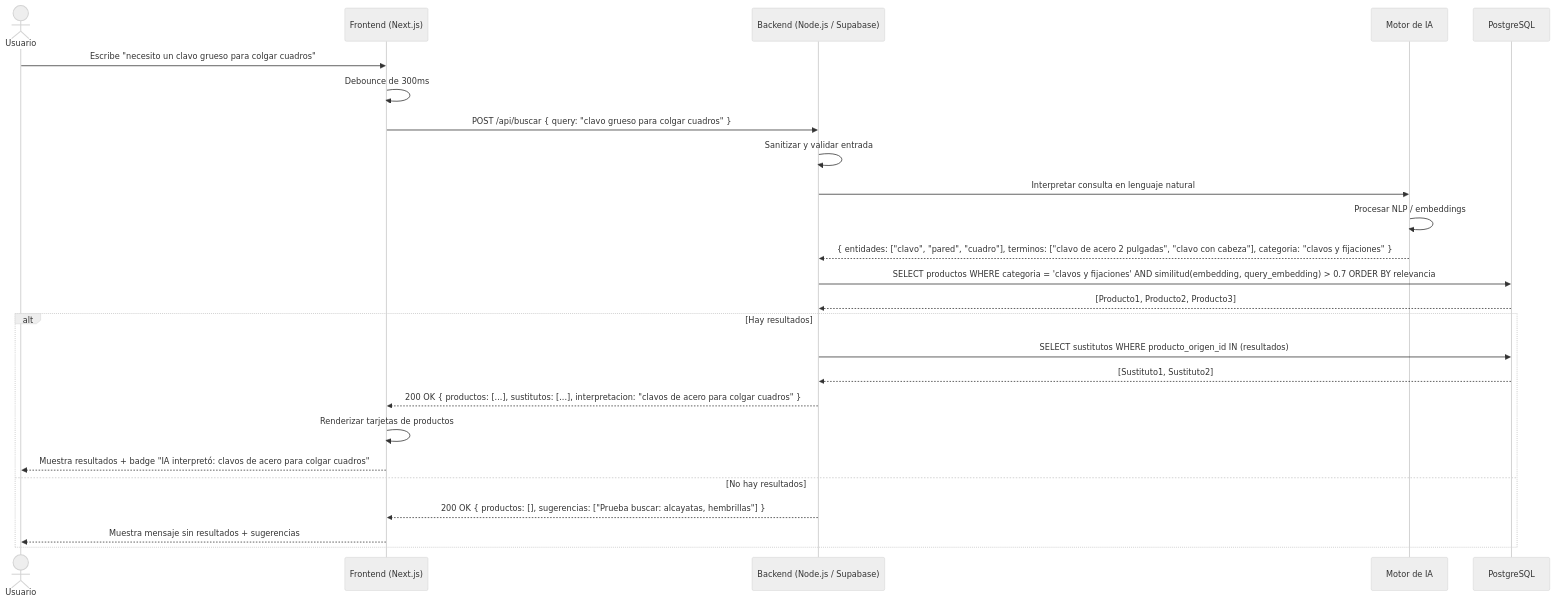
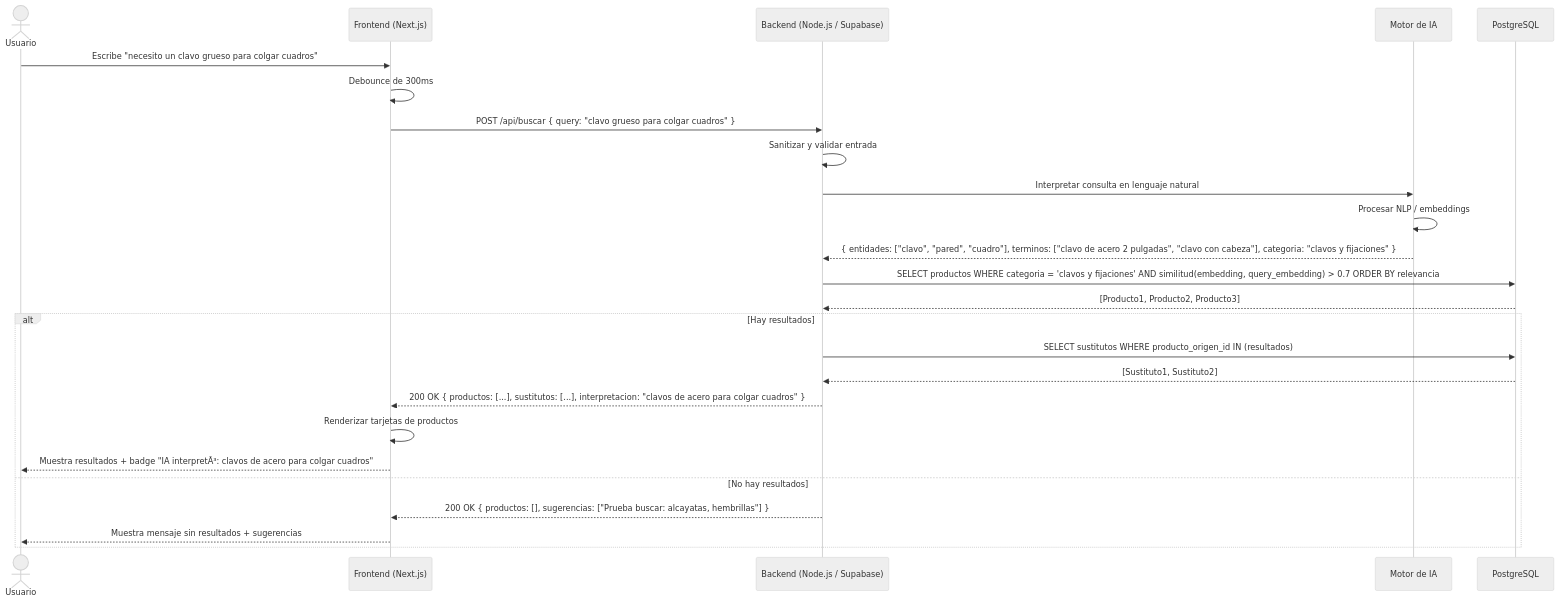
Before and after one commit to Samsr2001/buscador-ferreteria: the fourth of 5 diagrams in diagramas_UML.md, drawn with Mermaid (neutral theme). The commit also changed other lines of this file, not shown here.

Commit message:
docs: actualizar diagramas UML con arquitectura y base de datos

````diff
--- a/diagramas_UML.md
+++ b/diagramas_UML.md
@@ -149,31 +149,31 @@
 ```mermaid
 sequenceDiagram
     actor U as Usuario
     participant FE as Frontend (Next.js)
     participant BE as Backend (Node.js / Supabase)
     participant IA as Motor de IA
     participant BD as PostgreSQL
 
     U->>FE: Escribe "necesito un clavo grueso para colgar cuadros"
     FE->>FE: Debounce de 300ms
     FE->>BE: POST /api/buscar { query: "clavo grueso para colgar cuadros" }
 
     BE->>BE: Sanitizar y validar entrada
     BE->>IA: Interpretar consulta en lenguaje natural
     IA->>IA: Procesar NLP / embeddings
     IA-->>BE: { entidades: ["clavo", "pared", "cuadro"], terminos: ["clavo de acero 2 pulgadas", "clavo con cabeza"], categoria: "clavos y fijaciones" }
 
     BE->>BD: SELECT productos WHERE categoria = 'clavos y fijaciones' AND similitud(embedding, query_embedding) > 0.7 ORDER BY relevancia
     BD-->>BE: [Producto1, Producto2, Producto3]
 
     alt Hay resultados
         BE->>BD: SELECT sustitutos WHERE producto_origen_id IN (resultados)
         BD-->>BE: [Sustituto1, Sustituto2]
         BE-->>FE: 200 OK { productos: [...], sustitutos: [...], interpretacion: "clavos de acero para colgar cuadros" }
         FE->>FE: Renderizar tarjetas de productos
-        FE-->>U: Muestra resultados + badge "IA interpretó: clavos de acero para colgar cuadros"
+        FE-->>U: Muestra resultados + badge "IA interpretÃ³: clavos de acero para colgar cuadros"
     else No hay resultados
         BE-->>FE: 200 OK { productos: [], sugerencias: ["Prueba buscar: alcayatas, hembrillas"] }
         FE-->>U: Muestra mensaje sin resultados + sugerencias
     end
 ```
````
